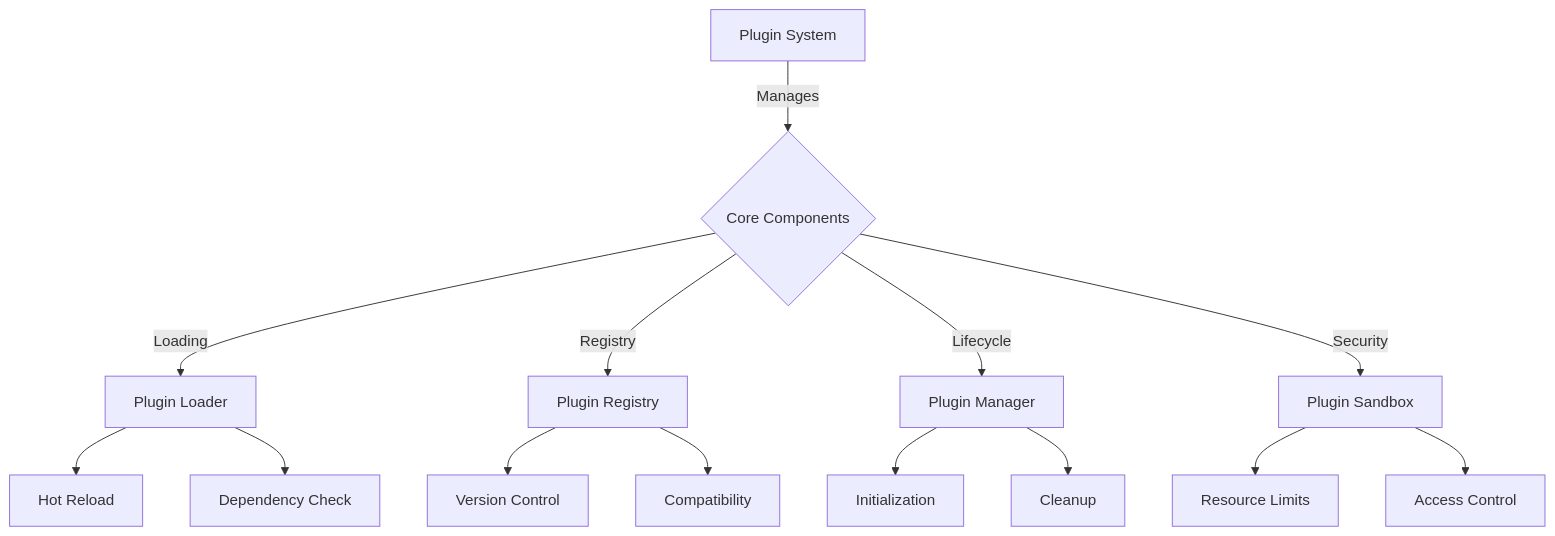
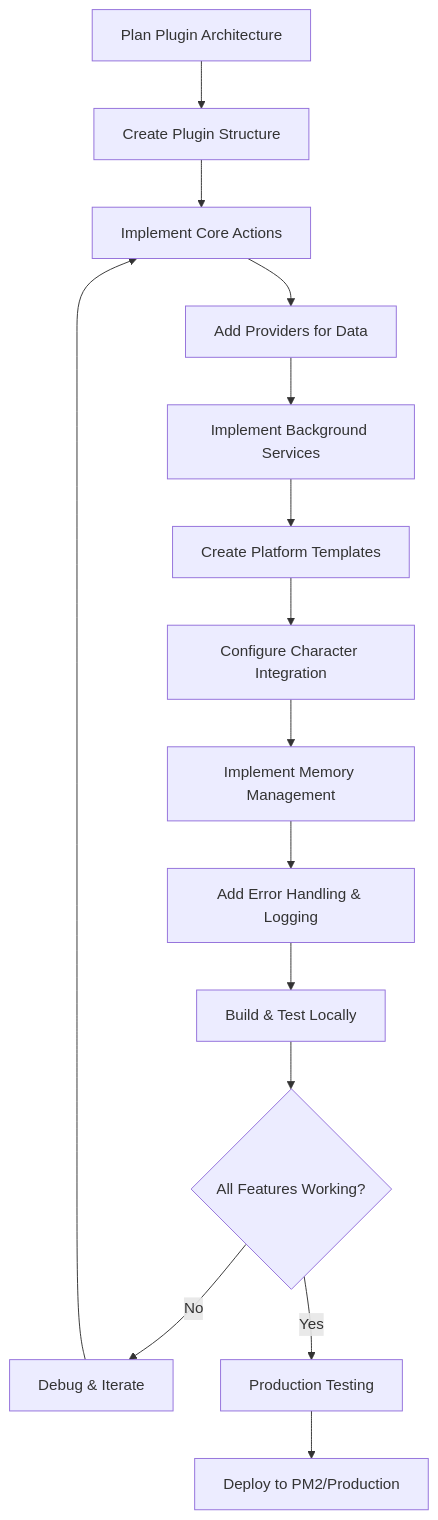
One commit to 0x3Matt/eliza-guide changed the first of 2 diagrams in development/plugin-dev-guide.md. Above: the diagram before and after it, drawn with Mermaid. The commit also changed other lines of this file and 3 other files, not shown here.

Commit message:
Enhance Eliza OS Plugin Development Guide with comprehensive updates, including a complete reference structure, advanced plugin development workflows, and detailed testing strategies. Reorganize content for clarity and add real-world examples for practical implementation.

````diff
--- a/development/plugin-dev-guide.md
+++ b/development/plugin-dev-guide.md
@@ -29,20 +22,17 @@
 ```mermaid
-graph TB
-    A[Plugin System] -->|Manages| B{Core Components}
-    B -->|Loading| C[Plugin Loader]
-    B -->|Registry| D[Plugin Registry]
-    B -->|Lifecycle| E[Plugin Manager]
-    B -->|Security| F[Plugin Sandbox]
-    
-    C --> G[Hot Reload]
-    C --> H[Dependency Check]
-    
-    D --> I[Version Control]
-    D --> J[Compatibility]
-    
-    E --> K[Initialization]
-    E --> L[Cleanup]
-    
-    F --> M[Resource Limits]
-    F --> N[Access Control]
+flowchart TD
+    A[Plan Plugin Architecture] --> B[Create Plugin Structure]
+    B --> C[Implement Core Actions]
+    C --> D[Add Providers for Data]
+    D --> E[Implement Background Services]
+    E --> F[Create Platform Templates]
+    F --> G[Configure Character Integration]
+    G --> H[Implement Memory Management]
+    H --> I[Add Error Handling & Logging]
+    I --> J[Build & Test Locally]
+    J --> K{All Features Working?}
+    K -->|No| L[Debug & Iterate]
+    L --> C
+    K -->|Yes| M[Production Testing]
+    M --> N[Deploy to PM2/Production]
 ```
````
